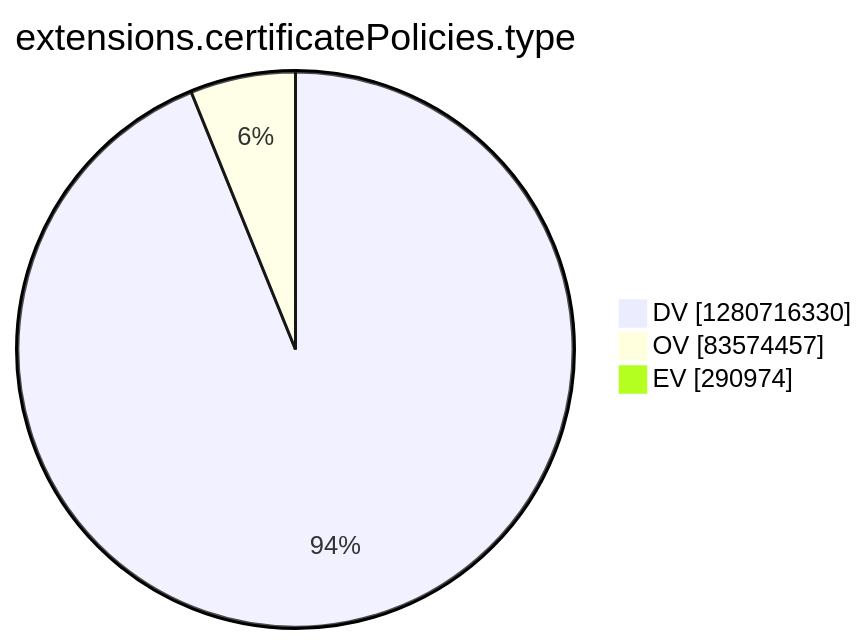
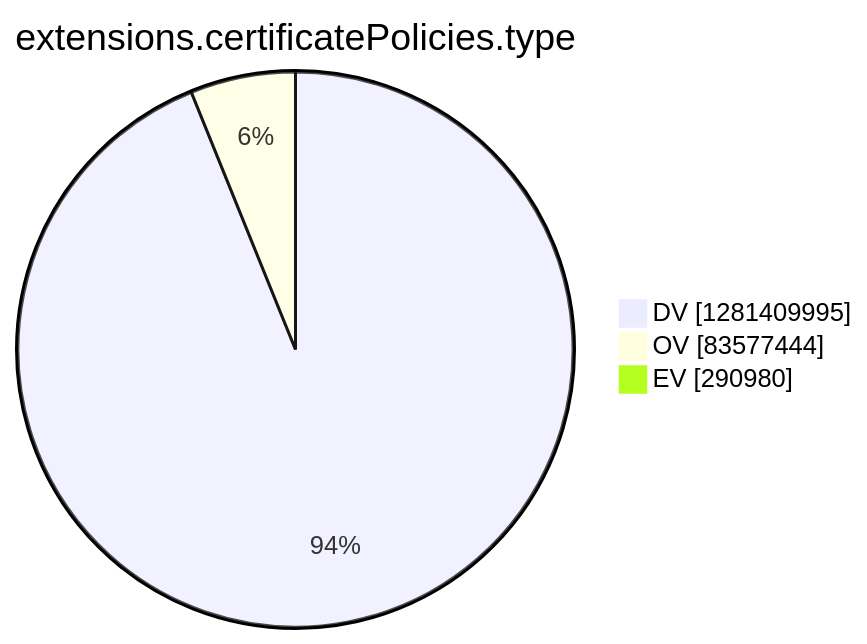
Before and after one commit to christiankrug/ctmonitor_visualization: the tenth of 15 diagrams in argon2022/README.md, drawn with Mermaid. The commit also changed other lines of this file, not shown here.

````diff
--- a/argon2022/README.md
+++ b/argon2022/README.md
@@ -2771,7 +2771,7 @@
 ```mermaid
 pie showData
 title extensions.certificatePolicies.type
-"DV" :1280716330
-"OV" :83574457
-"EV" :290974
+"DV" :1281409995
+"OV" :83577444
+"EV" :290980
 ```
````
